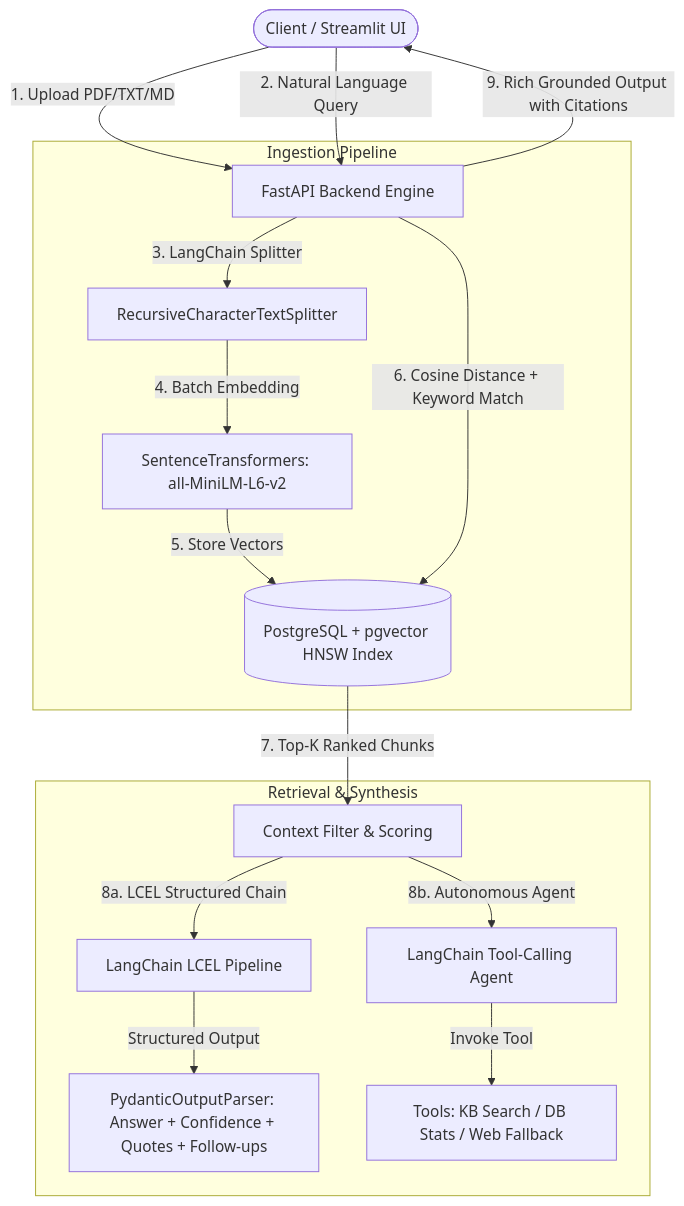
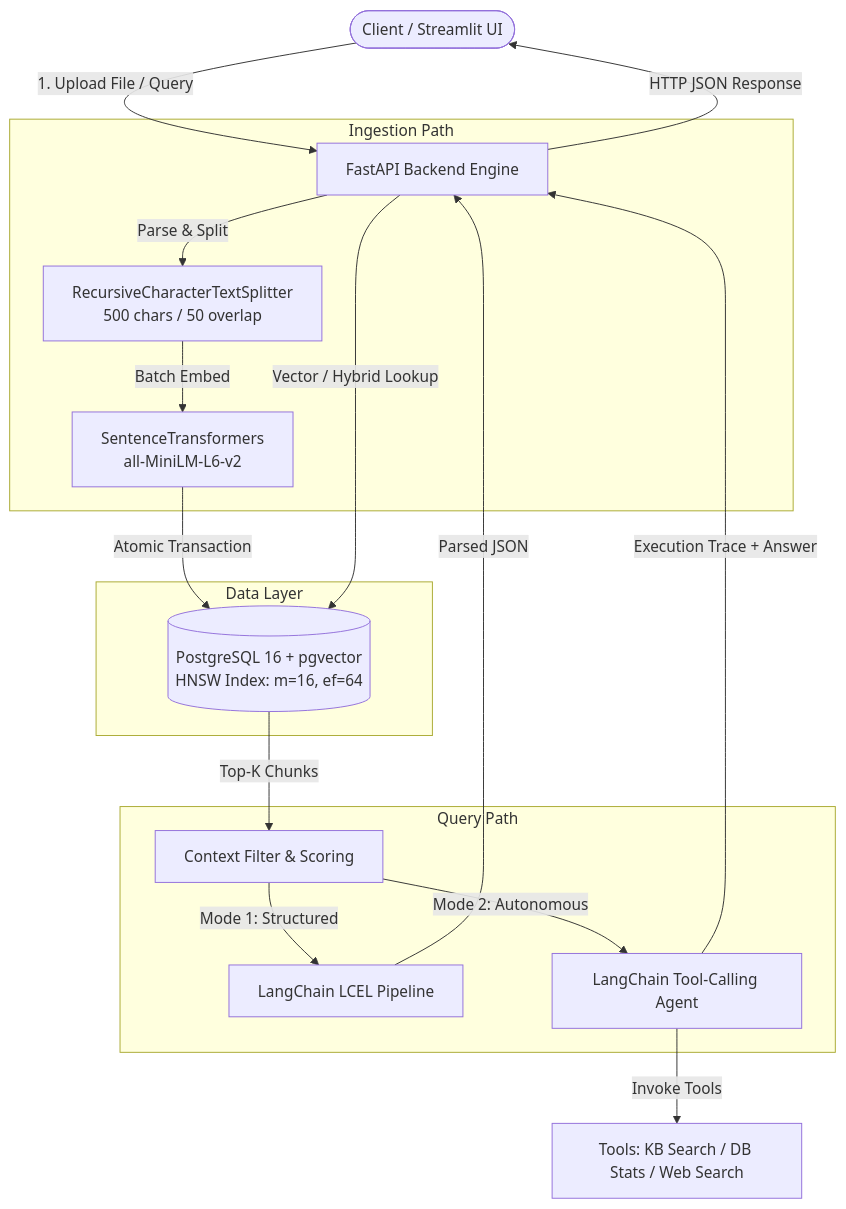
Before and after one commit to Ashish800935/enterprise-rag-engine: the first of 3 diagrams in README.md, drawn with Mermaid. The commit also changed other lines of this file and 10 other files, not shown here.

````diff
--- a/README.md
+++ b/README.md
@@ -17,24 +36,26 @@
 ```mermaid
 graph TD
-    User([Client / Streamlit UI]) -->|1. Upload PDF/TXT/MD| API[FastAPI Backend Engine]
-    User -->|2. Natural Language Query| API
+    User([Client / Streamlit UI]) -->|1. Upload File / Query| Gateway[FastAPI Backend Engine]
     
-    subgraph Ingestion Pipeline
-        API -->|3. LangChain Splitter| Chunker[RecursiveCharacterTextSplitter]
-        Chunker -->|4. Batch Embedding| Model[SentenceTransformers: all-MiniLM-L6-v2]
-        Model -->|5. Store Vectors| PG[(PostgreSQL + pgvector HNSW Index)]
+    subgraph Data Layer
+        PG[(PostgreSQL 16 + pgvector<br/>HNSW Index: m=16, ef=64)]
     end
-    
-    subgraph Retrieval & Synthesis
-        API -->|6. Cosine Distance + Keyword Match| PG
-        PG -->|7. Top-K Ranked Chunks| Reranker[Context Filter & Scoring]
-        
-        Reranker -->|8a. LCEL Structured Chain| LCEL[LangChain LCEL Pipeline]
-        LCEL -->|Structured Output| Parser[PydanticOutputParser: Answer + Confidence + Quotes + Follow-ups]
-        
-        Reranker -->|8b. Autonomous Agent| Agent[LangChain Tool-Calling Agent]
-        Agent -->|Invoke Tool| Tools[Tools: KB Search / DB Stats / Web Fallback]
+
+    subgraph Ingestion Path
+        Gateway -->|Parse & Split| Splitter[RecursiveCharacterTextSplitter<br/>500 chars / 50 overlap]
+        Splitter -->|Batch Embed| Embedder[SentenceTransformers<br/>all-MiniLM-L6-v2]
+        Embedder -->|Atomic Transaction| PG
     end
-    
-    API -->|9. Rich Grounded Output with Citations| User
+
+    subgraph Query Path
+        Gateway -->|Vector / Hybrid Lookup| PG
+        PG -->|Top-K Chunks| Filter[Context Filter & Scoring]
+        Filter -->|Mode 1: Structured| LCEL[LangChain LCEL Pipeline]
+        Filter -->|Mode 2: Autonomous| Agent[LangChain Tool-Calling Agent]
+    end
+
+    Agent -->|Invoke Tools| Tools[Tools: KB Search / DB Stats / Web Search]
+    LCEL -->|Parsed JSON| Gateway
+    Agent -->|Execution Trace + Answer| Gateway
+    Gateway -->|HTTP JSON Response| User
 ```
````
